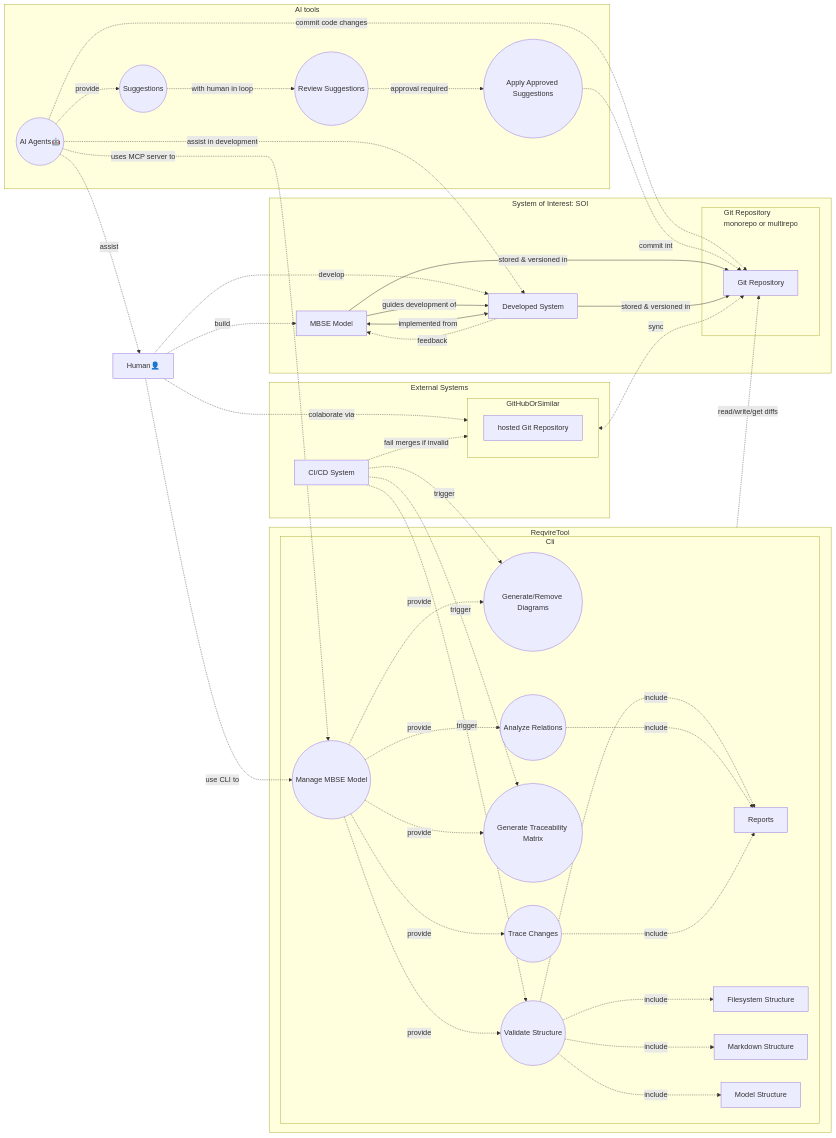
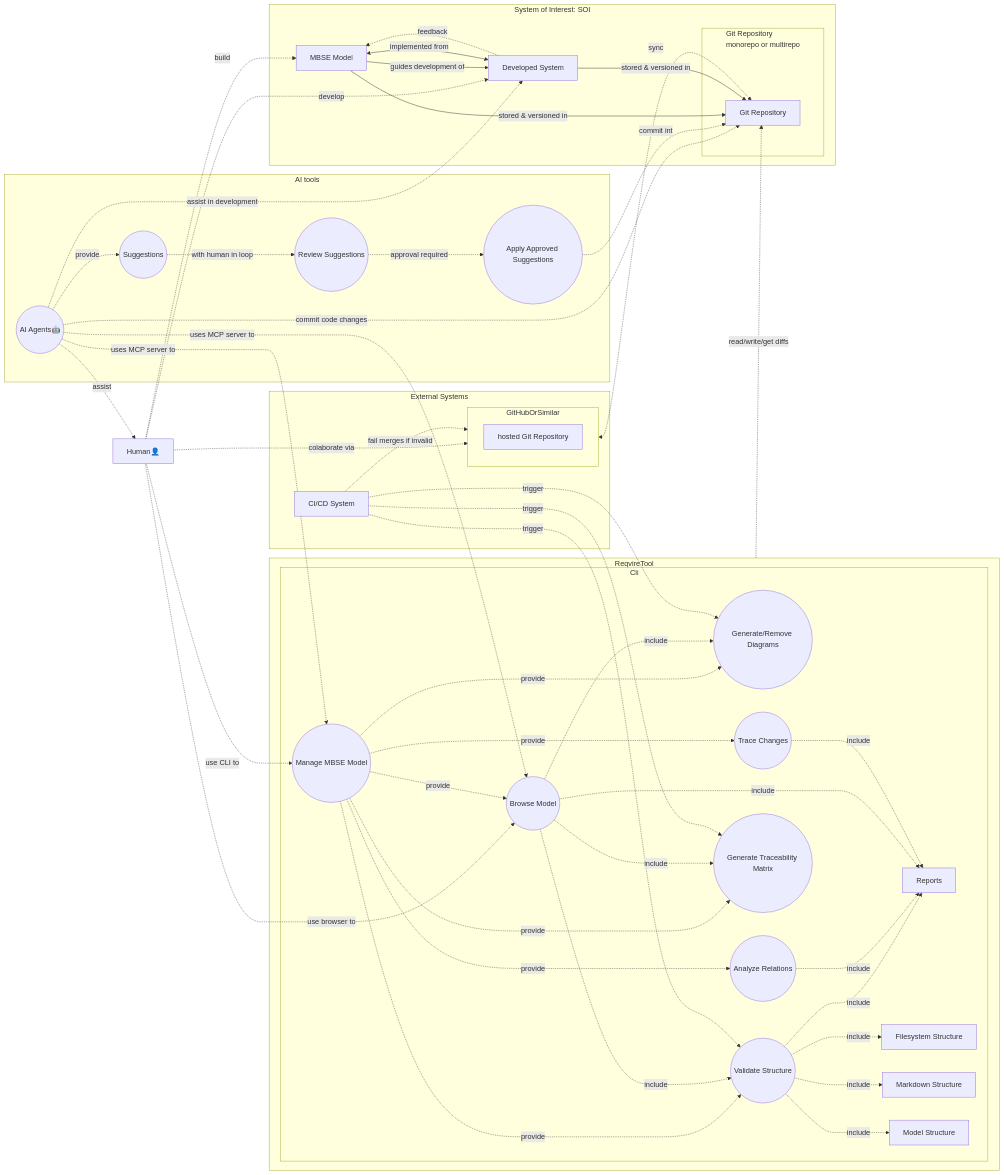
The diagram in specifications/Usecases.md (reqvire-org/reqvire), drawn with Mermaid before and after one commit. The commit also changed 59 other files, not shown here.

Commit message:
model commands amd verification subcommands unnested. HTML export doesn't mutate model files, it uses tmp folder. HTML export has artifacts: traces, index, matrix included as header links.

```diff
--- a/specifications/Usecases.md
+++ b/specifications/Usecases.md
@@ -16,14 +16,15 @@
             generateDiagrams((Generate/Remove Diagrams))
             analiseRelations((Analyze Relations))
             reports[Provide Reports]
-            validateStructure((Validate Structure))			
+            validateStructure((Validate Structure))
             filesStructure[Filesystem Structure]
             markdownSucture[Markdown Structure]
             modelStructure[Model Structure]
             reports[Reports]
             traceability((Generate Traceability Matrix))
-            handleDiffs((Trace Changes))        
-        end                   
+            handleDiffs((Trace Changes))
+            browseModel((Browse Model))
+        end
     end
 
     human[Human👤]
@@ -56,6 +57,7 @@
 
     %% Human Interactions
     human -. use CLI to .-> manageModel
+    human -. use browser to .-> browseModel
 
     human -. colaborate via .-> GitHubOrSimilar
 
@@ -69,11 +71,18 @@
 
     manageModel -. provide .-> traceability
     manageModel -. provide .-> analiseRelations
-    analiseRelations -. include .-> reports      
+    analiseRelations -. include .-> reports
     manageModel -. provide .-> generateDiagrams
     manageModel -. provide .-> handleDiffs
+    manageModel -. provide .-> browseModel
 
-    aiAgents -. uses MCP server to .-> manageModel    
+    browseModel -. include .-> validateStructure
+    browseModel -. include .-> generateDiagrams
+    browseModel -. include .-> traceability
+    browseModel -. include .-> reports
+
+    aiAgents -. uses MCP server to .-> manageModel
+    aiAgents -. uses MCP server to .-> browseModel
 
     aiAgents -. assist in development .-> developedSystem
     aiAgents -. commit code changes .-> gitRepository
```
